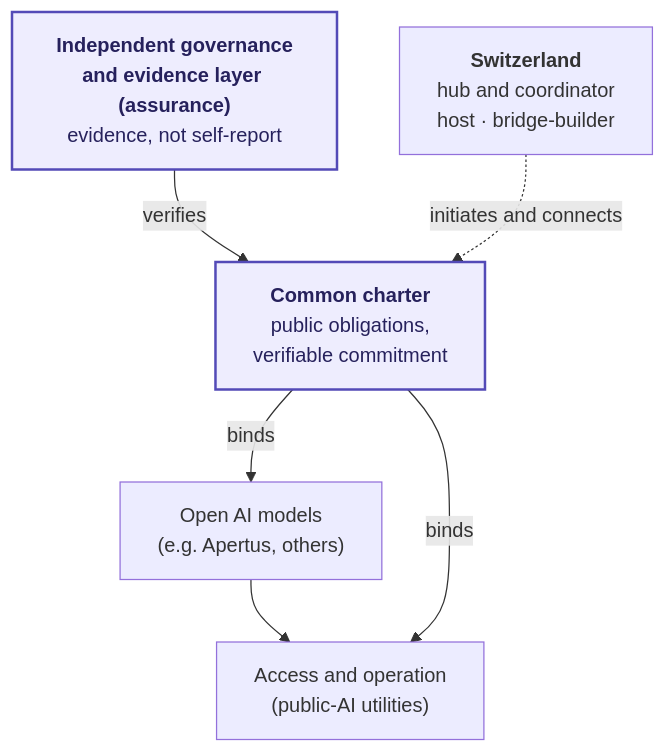
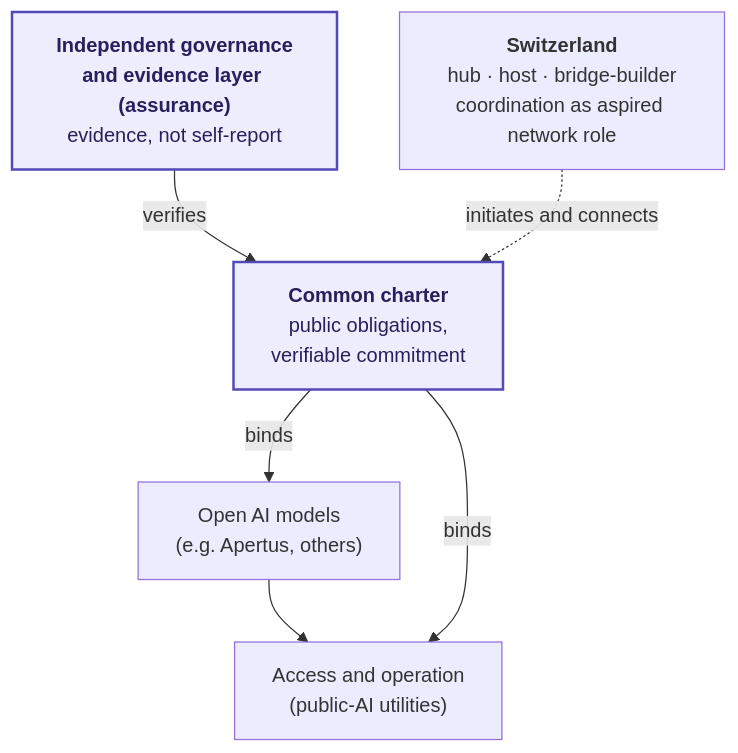
The diagram in docs/Outreach/impulsprogramm-sprint-presentation.en.md (robertschaub/our-ai-charter), drawn with Mermaid before and after one commit. The commit also changed other lines of this file and 5 other files, not shown here.

````diff
--- a/docs/Outreach/impulsprogramm-sprint-presentation.en.md
+++ b/docs/Outreach/impulsprogramm-sprint-presentation.en.md
@@ -31,17 +31,17 @@
 ```mermaid
 flowchart TB
   M["Open AI models<br/>(e.g. Apertus, others)"]
   A["Access and operation<br/>(public-AI utilities)"]
   C["<b>Common charter</b><br/>public obligations,<br/>verifiable commitment"]
   E["<b>Independent governance<br/>and evidence layer (assurance)</b><br/>evidence, not self-report"]
-  CH["<b>Switzerland</b><br/>hub and coordinator<br/>host · bridge-builder"]
+  CH["<b>Switzerland</b><br/>hub · host · bridge-builder<br/>coordination as aspired network role"]
 
   M --> A
   C -->|binds| M
   C -->|binds| A
   E -->|verifies| C
   CH -.->|initiates and connects| C
 
   classDef hl fill:#EEEDFE,stroke:#534AB7,stroke-width:2px,color:#26215C;
   class C,E hl;
 ```
````
